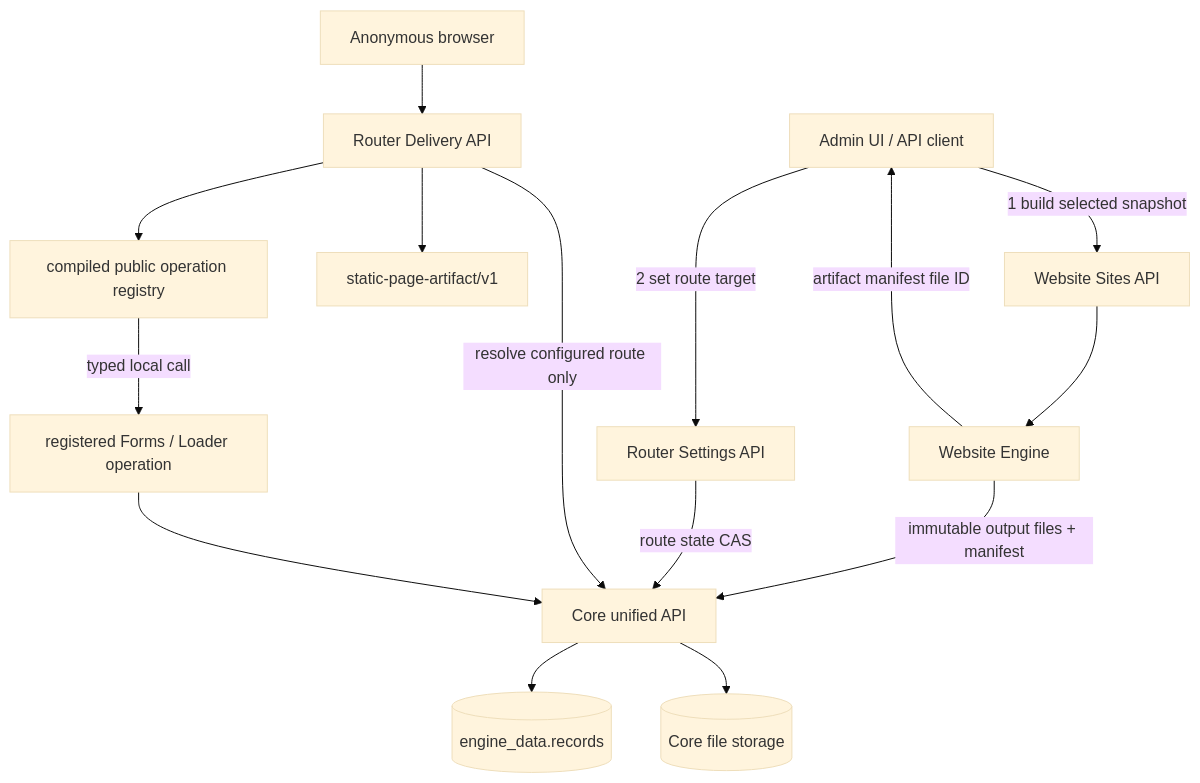
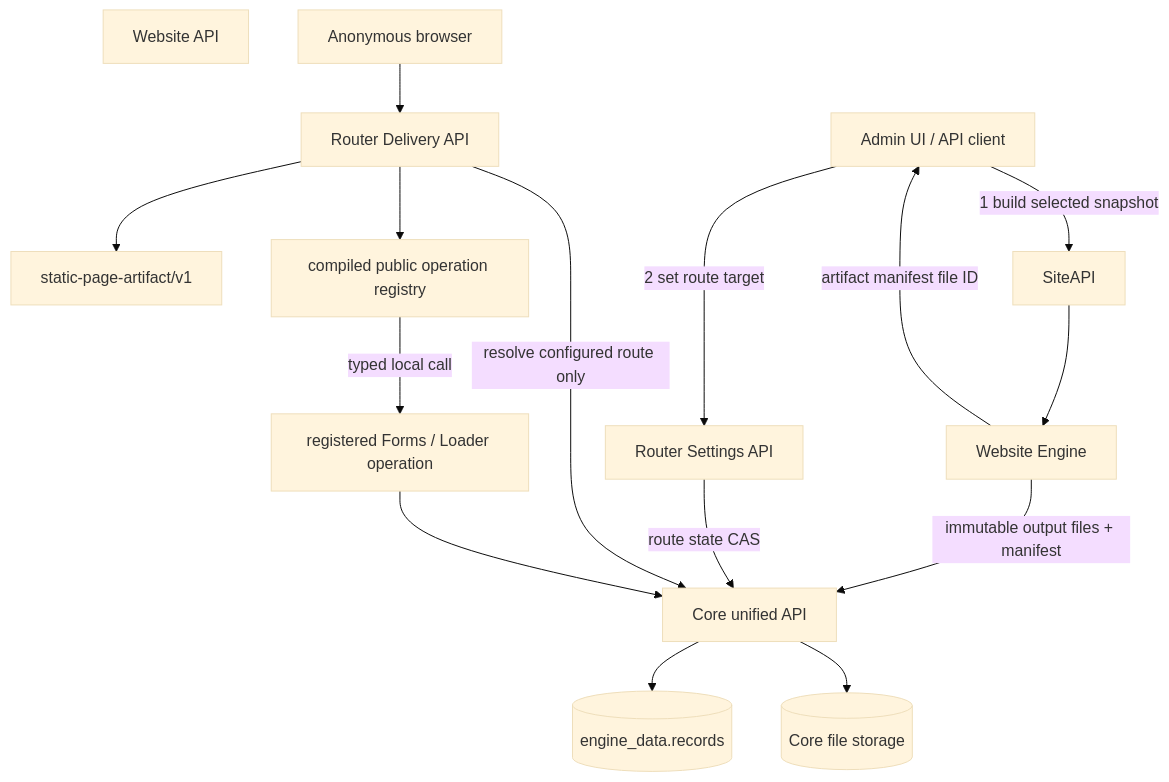
One commit to Zubrium/cdn changed the first of 2 diagrams in spec/engines/router/SPEC-router-engine.md. Above: the diagram before and after it, drawn with Mermaid (base theme). The commit also changed other lines of this file and 91 other files, not shown here.

````diff
--- a/spec/engines/router/SPEC-router-engine.md
+++ b/spec/engines/router/SPEC-router-engine.md
@@ -22,29 +22,29 @@
 ```mermaid
 flowchart TB
     Client[Admin UI / API client]
-    SiteAPI[Website Sites API]
+    WebsiteAPI[Website API]
     Website[Website Engine]
     Settings[Router Settings API]
     Delivery[Router Delivery API]
     Core[Core unified API]
     Data[(engine_data.records)]
     Files[(Core file storage)]
     SiteArtifact[static-page-artifact/v1]
     Registry[compiled public operation registry]
     PublicOperation[registered Forms / Loader operation]
 
     Client -->|1 build selected snapshot| SiteAPI
     SiteAPI --> Website
     Website -->|immutable output files + manifest| Core
     Website -->|artifact manifest file ID| Client
     Client -->|2 set route target| Settings
     Settings -->|route state CAS| Core
     Core --> Data
     Public[Anonymous browser] --> Delivery
     Delivery -->|resolve configured route only| Core
     Core --> Files
     Delivery --> SiteArtifact
     Delivery --> Registry
     Registry -->|typed local call| PublicOperation
     PublicOperation --> Core
 ```
````
